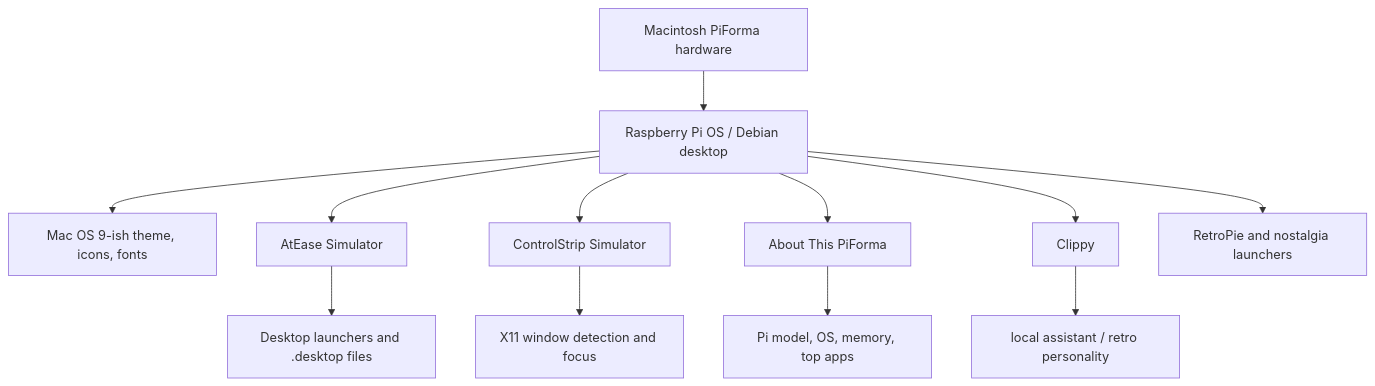
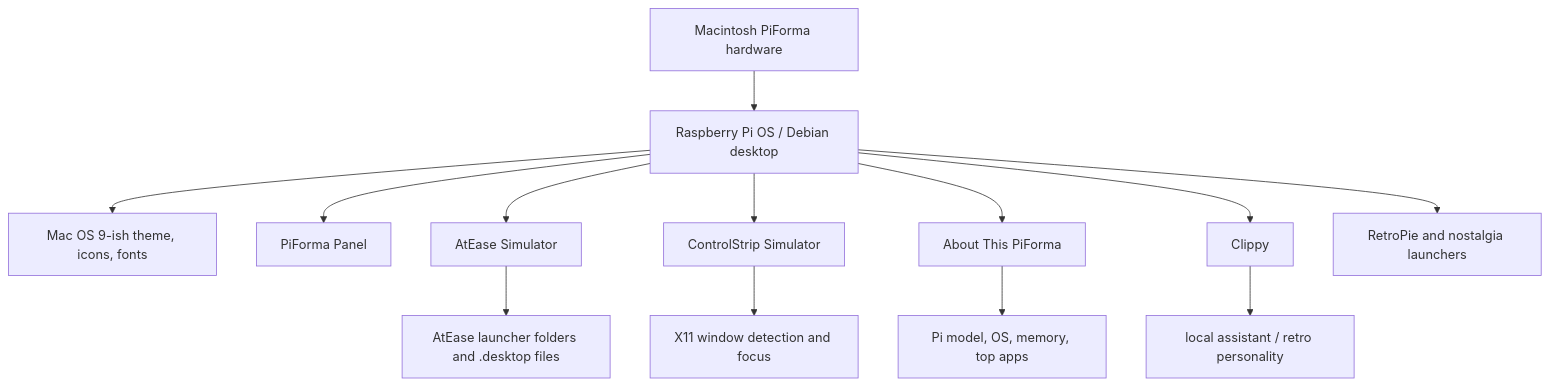
The diagram in docs/related-projects.md (milagrofrost/Macintosh-PiForma-docs), drawn with Mermaid before and after one commit. The commit also changed other lines of this file and 8 other files, not shown here.

````diff
--- a/docs/related-projects.md
+++ b/docs/related-projects.md
@@ -19,15 +21,16 @@
 ```mermaid
 flowchart TD
     PiForma[Macintosh PiForma hardware] --> OS[Raspberry Pi OS / Debian desktop]
     OS --> Theme[Mac OS 9-ish theme, icons, fonts]
+    OS --> Panel[PiForma Panel]
     OS --> AtEase[AtEase Simulator]
     OS --> ControlStrip[ControlStrip Simulator]
     OS --> About[About This PiForma]
     OS --> Clippy[Clippy]
     OS --> Retro[RetroPie and nostalgia launchers]
 
-    AtEase --> Launchers[Desktop launchers and .desktop files]
+    AtEase --> Launchers[AtEase launcher folders and .desktop files]
     ControlStrip --> WindowMgmt[X11 window detection and focus]
     About --> SystemInfo[Pi model, OS, memory, top apps]
     Clippy --> Assistant[local assistant / retro personality]
 ```
````
